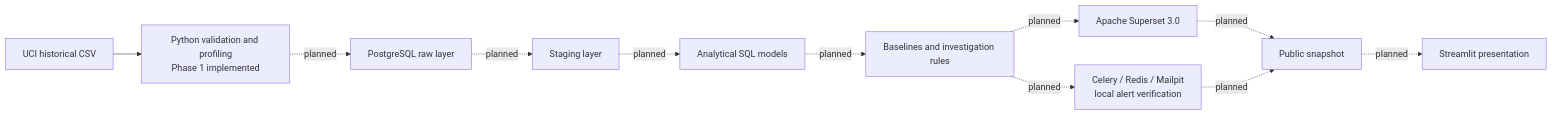
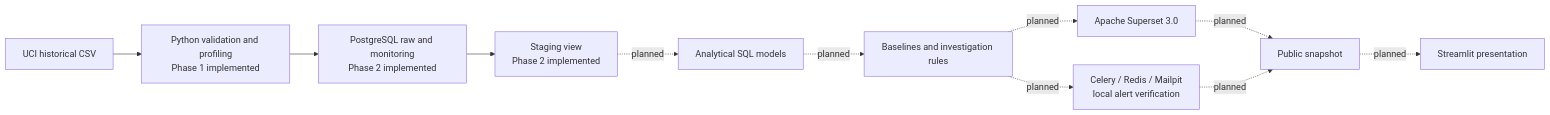
Before and after one commit to praveenraj9623-sketch/energyops-industrial-intelligence: the diagram in docs/ARCHITECTURE.md, drawn with Mermaid. The commit also changed other lines of this file and 30 other files, not shown here.

Commit message:
Complete Phase 2 PostgreSQL ingestion and reconciliation

````diff
--- a/docs/ARCHITECTURE.md
+++ b/docs/ARCHITECTURE.md
@@ -5,13 +5,13 @@
 ```mermaid
 flowchart LR
     A[UCI historical CSV] --> B[Python validation and profiling<br/>Phase 1 implemented]
-    B -. planned .-> C[PostgreSQL raw layer]
-    C -. planned .-> D[Staging layer]
+    B --> C[PostgreSQL raw and monitoring<br/>Phase 2 implemented]
+    C --> D[Staging view<br/>Phase 2 implemented]
     D -. planned .-> E[Analytical SQL models]
     E -. planned .-> F[Baselines and investigation rules]
     F -. planned .-> G[Apache Superset 3.0]
     F -. planned .-> H[Celery / Redis / Mailpit<br/>local alert verification]
     G -. planned .-> I[Public snapshot]
     H -. planned .-> I
     I -. planned .-> J[Streamlit presentation]
 ```
````
